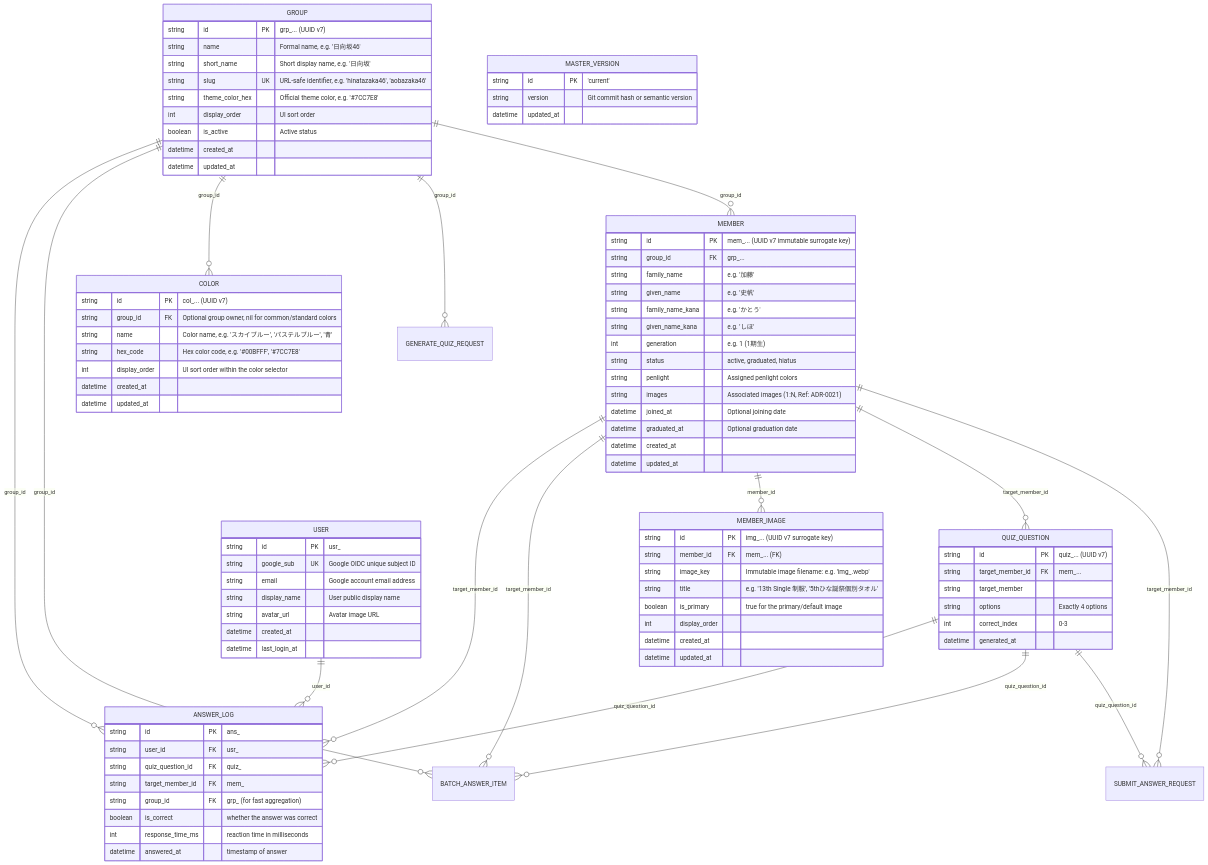
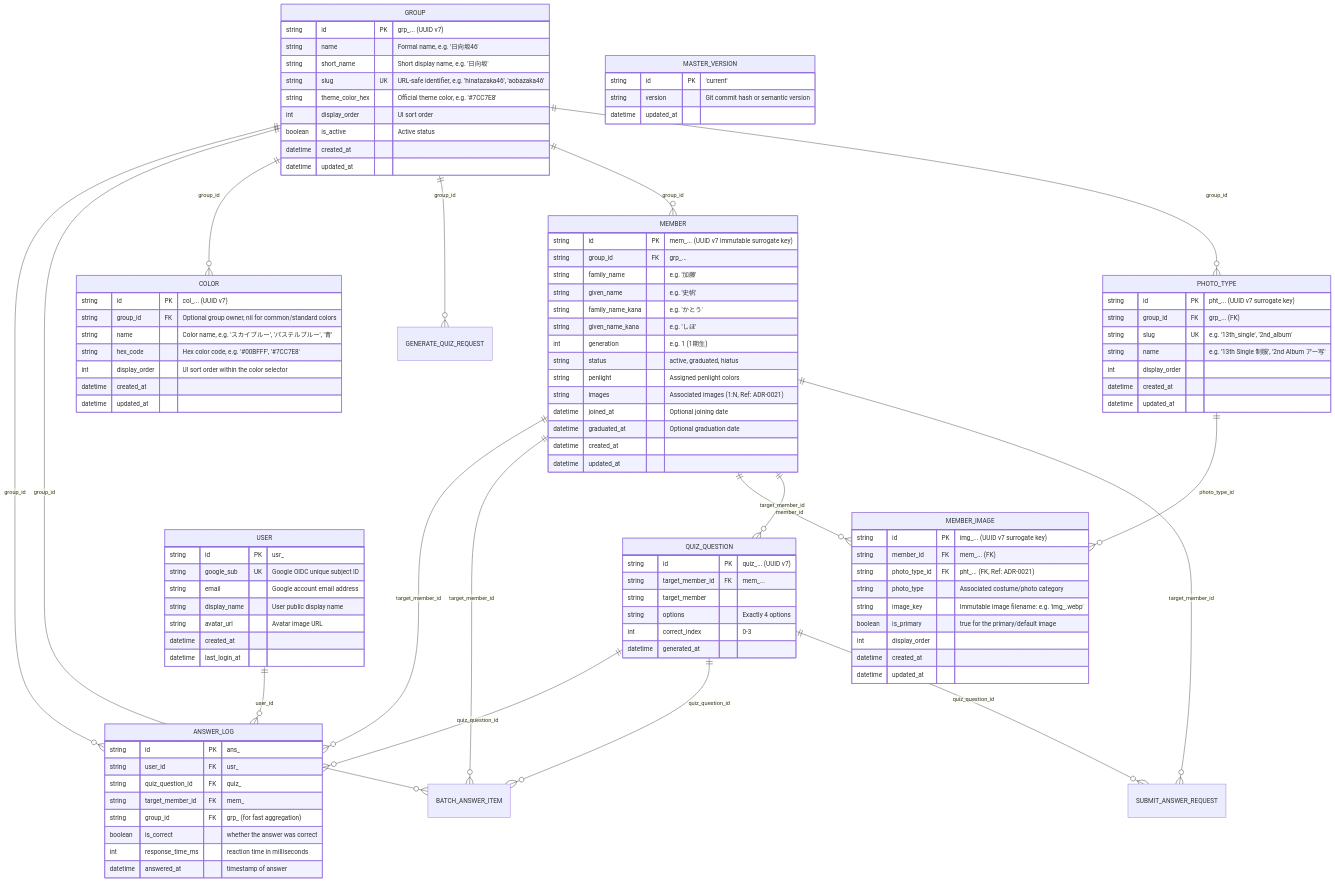
Before and after one commit to AobaIwaki123/penlight-v2: the diagram in assets/schema/er-diagram.mermaid, drawn with Mermaid. The commit also changed 14 other files, not shown here.

Commit message:
feat: normalize member images with photo types and update ER diagram

```diff
--- a/assets/schema/er-diagram.mermaid
+++ b/assets/schema/er-diagram.mermaid
@@ -1,101 +1,114 @@
 erDiagram
     GROUP ||--o{ ANSWER_LOG : "group_id"
     GROUP ||--o{ BATCH_ANSWER_ITEM : "group_id"
     GROUP ||--o{ COLOR : "group_id"
     GROUP ||--o{ GENERATE_QUIZ_REQUEST : "group_id"
     GROUP ||--o{ MEMBER : "group_id"
+    GROUP ||--o{ PHOTO_TYPE : "group_id"
     MEMBER ||--o{ ANSWER_LOG : "target_member_id"
     MEMBER ||--o{ BATCH_ANSWER_ITEM : "target_member_id"
     MEMBER ||--o{ MEMBER_IMAGE : "member_id"
     MEMBER ||--o{ QUIZ_QUESTION : "target_member_id"
     MEMBER ||--o{ SUBMIT_ANSWER_REQUEST : "target_member_id"
+    PHOTO_TYPE ||--o{ MEMBER_IMAGE : "photo_type_id"
     QUIZ_QUESTION ||--o{ ANSWER_LOG : "quiz_question_id"
     QUIZ_QUESTION ||--o{ BATCH_ANSWER_ITEM : "quiz_question_id"
     QUIZ_QUESTION ||--o{ SUBMIT_ANSWER_REQUEST : "quiz_question_id"
     USER ||--o{ ANSWER_LOG : "user_id"
 
     GROUP {
         string id PK "grp_... (UUID v7)"
         string name "Formal name, e.g. '日向坂46'"
         string short_name "Short display name, e.g. '日向坂'"
         string slug UK "URL-safe identifier, e.g. 'hinatazaka46', 'aobazaka46'"
         string theme_color_hex "Official theme color, e.g. '#7CC7E8'"
         int display_order "UI sort order"
         boolean is_active "Active status"
         datetime created_at
         datetime updated_at
     }
 
     COLOR {
         string id PK "col_... (UUID v7)"
         string group_id FK "Optional group owner, nil for common/standard colors"
         string name "Color name, e.g. 'スカイブルー', 'パステルブルー', '青'"
         string hex_code "Hex color code, e.g. '#00BFFF', '#7CC7E8'"
         int display_order "UI sort order within the color selector"
         datetime created_at
         datetime updated_at
     }
 
+    PHOTO_TYPE {
+        string id PK "pht_... (UUID v7 surrogate key)"
+        string group_id FK "grp_... (FK)"
+        string slug UK "e.g. '13th_single', '2nd_album'"
+        string name "e.g. '13th Single 制服', '2nd Album アー写'"
+        int display_order
+        datetime created_at
+        datetime updated_at
+    }
+
     MEMBER {
         string id PK "mem_... (UUID v7 immutable surrogate key)"
         string group_id FK "grp_..."
         string family_name "e.g. '加藤'"
         string given_name "e.g. '史帆'"
         string family_name_kana "e.g. 'かとう'"
         string given_name_kana "e.g. 'しほ'"
         int generation "e.g. 1 (1期生)"
         string status "active, graduated, hiatus"
         string penlight "Assigned penlight colors"
         string images "Associated images (1:N, Ref: ADR-0021)"
         datetime joined_at "Optional joining date"
         datetime graduated_at "Optional graduation date"
         datetime created_at
         datetime updated_at
     }
 
     MEMBER_IMAGE {
         string id PK "img_... (UUID v7 surrogate key)"
         string member_id FK "mem_... (FK)"
+        string photo_type_id FK "pht_... (FK, Ref: ADR-0021)"
+        string photo_type "Associated costume/photo category"
         string image_key "Immutable image filename: e.g. 'img_<uuidv7>.webp'"
-        string title "e.g. '13th Single 制服', '5thひな誕祭個別タオル'"
         boolean is_primary "true for the primary/default image"
         int display_order
         datetime created_at
         datetime updated_at
     }
 
     MASTER_VERSION {
         string id PK "'current'"
         string version "Git commit hash or semantic version"
         datetime updated_at
     }
 
     USER {
         string id PK "usr_<uuidv7>"
         string google_sub UK "Google OIDC unique subject ID"
         string email "Google account email address"
         string display_name "User public display name"
         string avatar_url "Avatar image URL"
         datetime created_at
         datetime last_login_at
     }
 
     ANSWER_LOG {
         string id PK "ans_<uuidv7>"
         string user_id FK "usr_<uuidv7>"
         string quiz_question_id FK "quiz_<uuidv7>"
         string target_member_id FK "mem_<uuidv7>"
         string group_id FK "grp_<uuidv7> (for fast aggregation)"
         boolean is_correct "whether the answer was correct"
         int response_time_ms "reaction time in milliseconds"
         datetime answered_at "timestamp of answer"
     }
 
     QUIZ_QUESTION {
         string id PK "quiz_... (UUID v7)"
         string target_member_id FK "mem_..."
         string target_member
         string options "Exactly 4 options"
         int correct_index "0-3"
         datetime generated_at
     }
```
